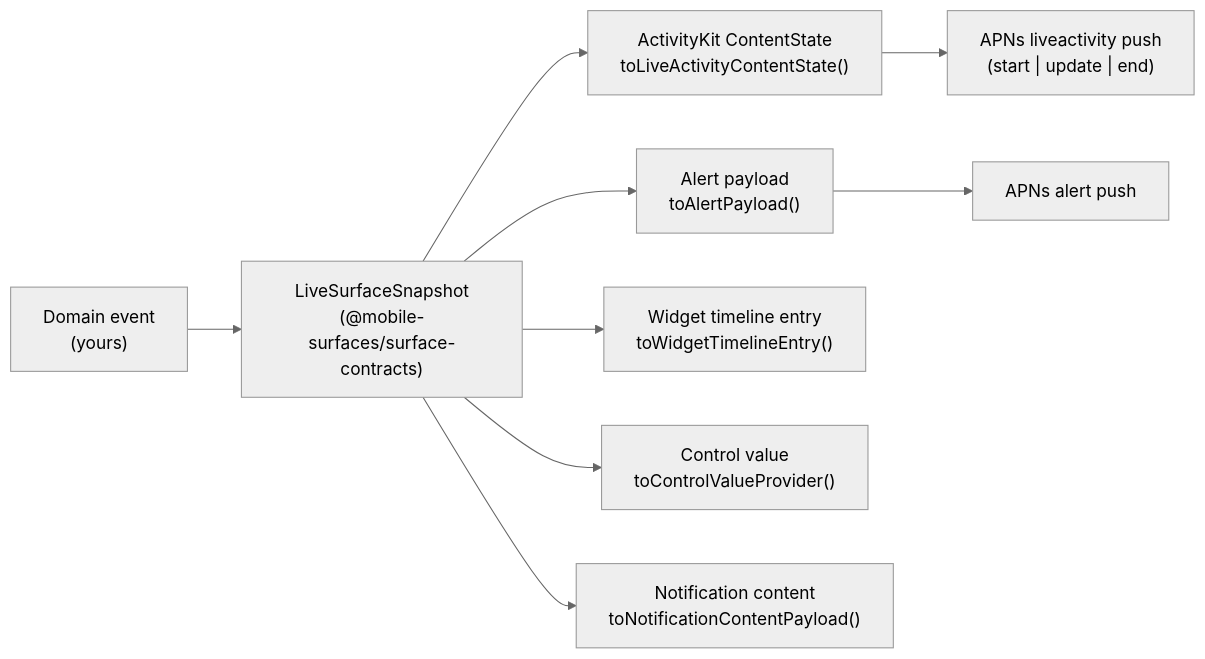
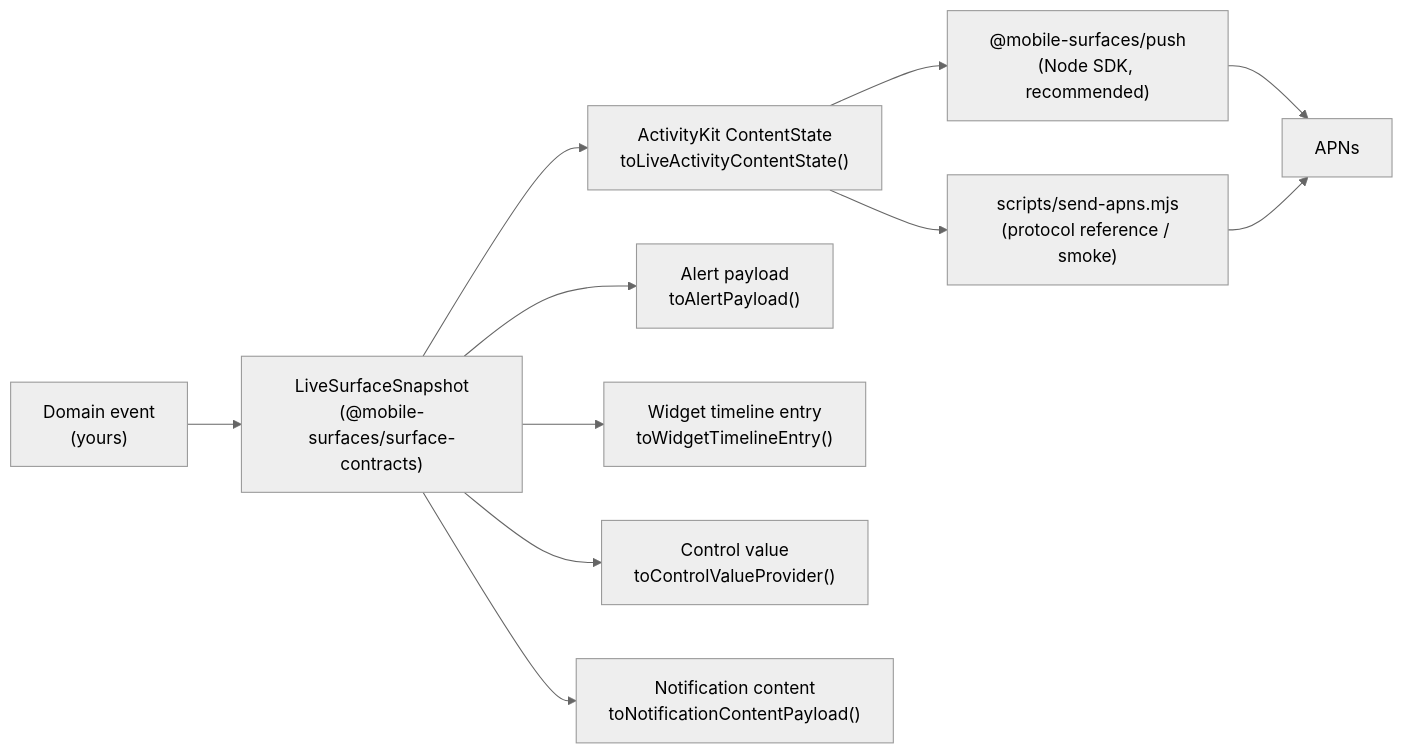
One commit to glendonC/mobile-surfaces changed the diagram in docs/backend-integration.md. Above: the diagram before and after it, drawn with Mermaid (neutral theme). The commit also changed other lines of this file and 49 other files, not shown here.

Commit message:
Tighten contract, ship Phase 4 modern APNs and Phase 6 push SDK

````diff
--- a/docs/backend-integration.md
+++ b/docs/backend-integration.md
@@ -9,11 +11,13 @@
 ```mermaid
 flowchart LR
   Event["Domain event<br/>(yours)"] --> Snapshot["LiveSurfaceSnapshot<br/>(@mobile-surfaces/surface-contracts)"]
   Snapshot --> Content["ActivityKit ContentState<br/>toLiveActivityContentState()"]
   Snapshot --> Alert["Alert payload<br/>toAlertPayload()"]
   Snapshot --> Widget["Widget timeline entry<br/>toWidgetTimelineEntry()"]
   Snapshot --> Control["Control value<br/>toControlValueProvider()"]
   Snapshot --> Notification["Notification content<br/>toNotificationContentPayload()"]
-  Content --> APNS1["APNs liveactivity push<br/>(start | update | end)"]
-  Alert --> APNS2["APNs alert push"]
+  Content --> SDK["@mobile-surfaces/push<br/>(Node SDK, recommended)"]
+  Content --> Script["scripts/send-apns.mjs<br/>(protocol reference / smoke)"]
+  SDK --> APNS["APNs"]
+  Script --> APNS
 ```
````
